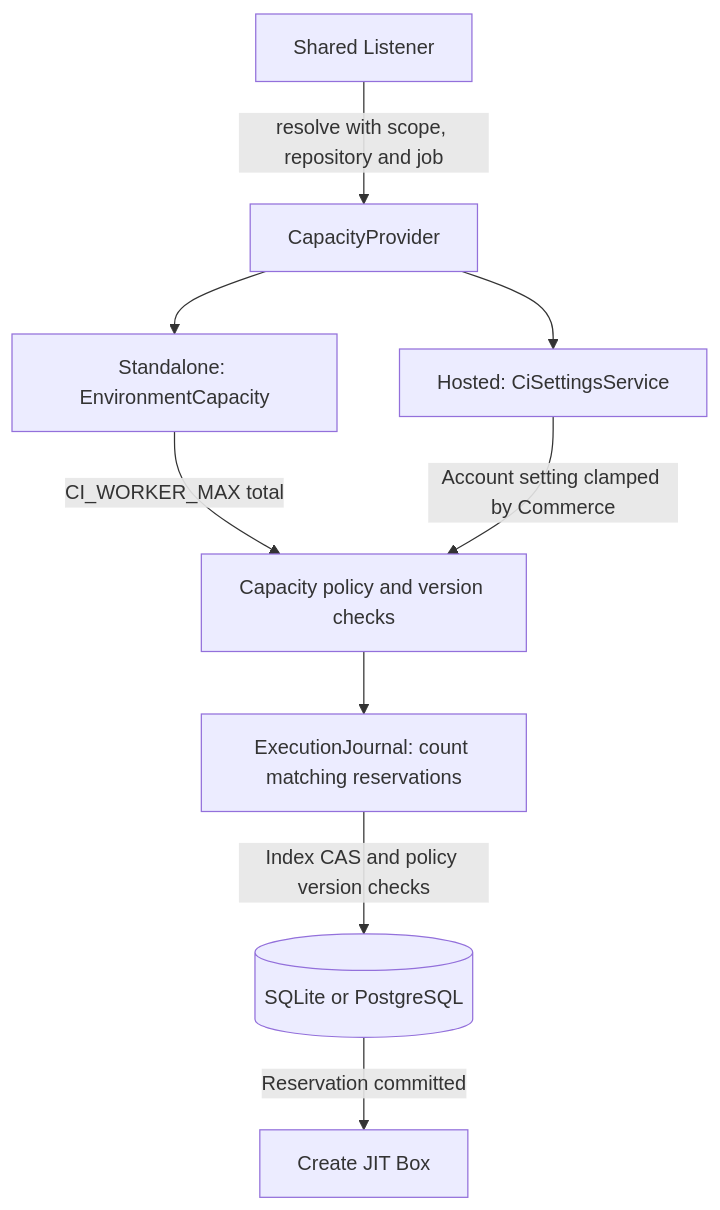
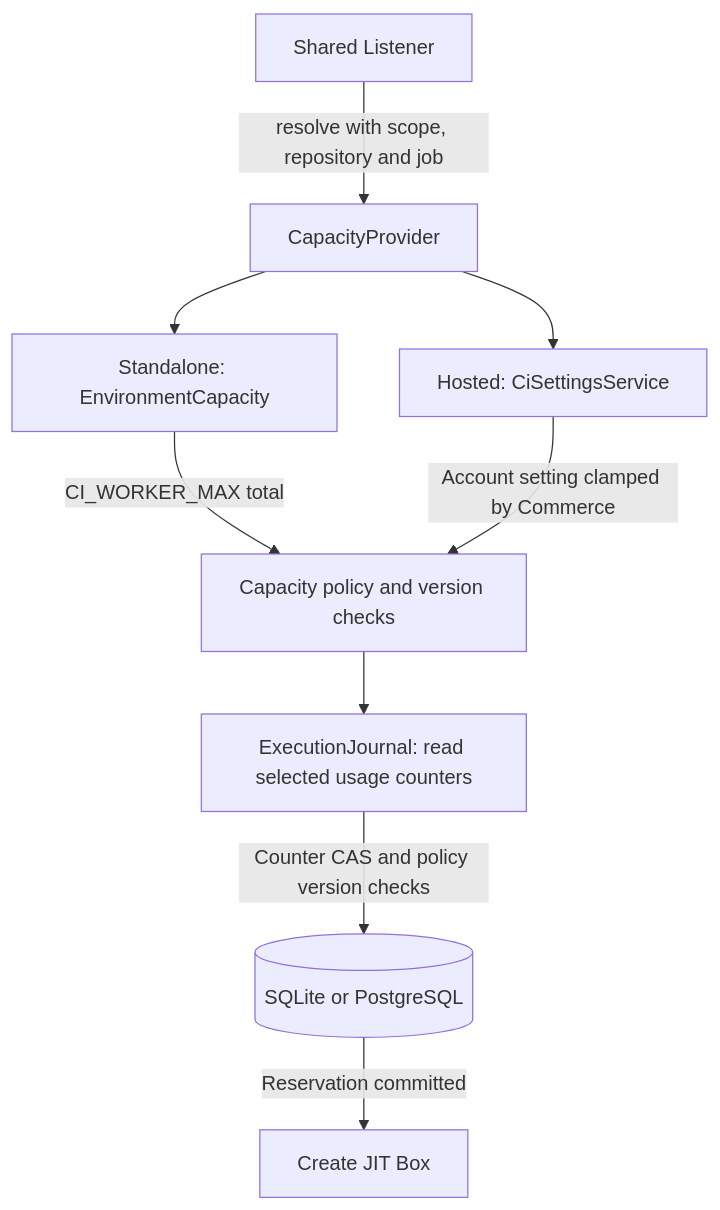
Before and after one commit to boxlite-ai/boxlite: the first of 6 diagrams in apps/libs/ci-listener/README.md, drawn with Mermaid. The commit also changed other lines of this file and 24 other files, not shown here.

````diff
--- a/apps/libs/ci-listener/README.md
+++ b/apps/libs/ci-listener/README.md
@@ -171,11 +174,11 @@
 ```mermaid
 flowchart TD
     L[Shared Listener] -->|resolve with scope, repository and job| P[CapacityProvider]
     P --> E[Standalone: EnvironmentCapacity]
     P --> H[Hosted: CiSettingsService]
     E -->|CI_WORKER_MAX total| R[Capacity policy and version checks]
     H -->|Account setting clamped by Commerce| R
-    R --> K[ExecutionJournal: count matching reservations]
-    K -->|Index CAS and policy version checks| S[(SQLite or PostgreSQL)]
+    R --> K[ExecutionJournal: read selected usage counters]
+    K -->|Counter CAS and policy version checks| S[(SQLite or PostgreSQL)]
     S -->|Reservation committed| B[Create JIT Box]
 ```
````
